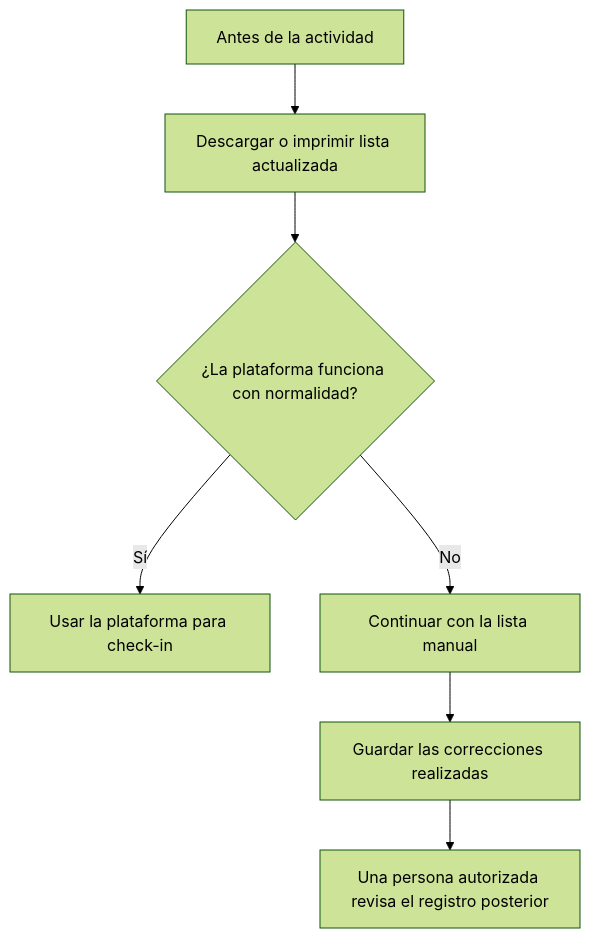
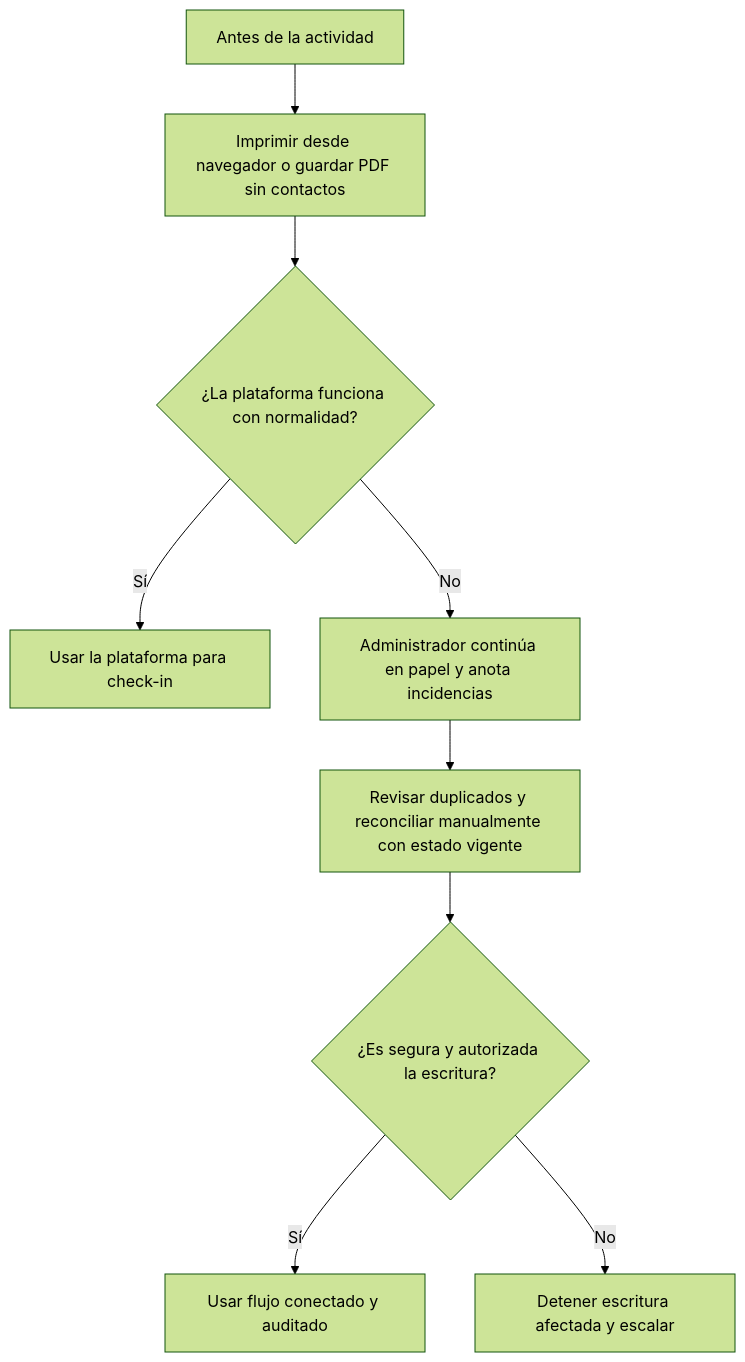
One commit to KevinBarrera/nuestro-breaking changed the fourth of 4 diagrams in docs/product/november-2026-mvp-proposal.md. Above: the diagram before and after it, drawn with Mermaid (forest theme). The commit also changed other lines of this file and 5 other files, not shown here.

````diff
--- a/docs/product/november-2026-mvp-proposal.md
+++ b/docs/product/november-2026-mvp-proposal.md
@@ -108,9 +107,11 @@
 ```mermaid
 flowchart TD
-    A[Antes de la actividad] --> B[Descargar o imprimir lista actualizada]
+    A[Antes de la actividad] --> B[Imprimir desde navegador o guardar PDF sin contactos]
     B --> C{¿La plataforma funciona con normalidad?}
     C -->|Sí| D[Usar la plataforma para check-in]
-    C -->|No| E[Continuar con la lista manual]
-    E --> F[Guardar las correcciones realizadas]
-    F --> G[Una persona autorizada revisa el registro posterior]
+    C -->|No| E[Administrador continúa en papel y anota incidencias]
+    E --> F[Revisar duplicados y reconciliar manualmente con estado vigente]
+    F --> G{¿Es segura y autorizada la escritura?}
+    G -->|Sí| H[Usar flujo conectado y auditado]
+    G -->|No| I[Detener escritura afectada y escalar]
 ```
````
